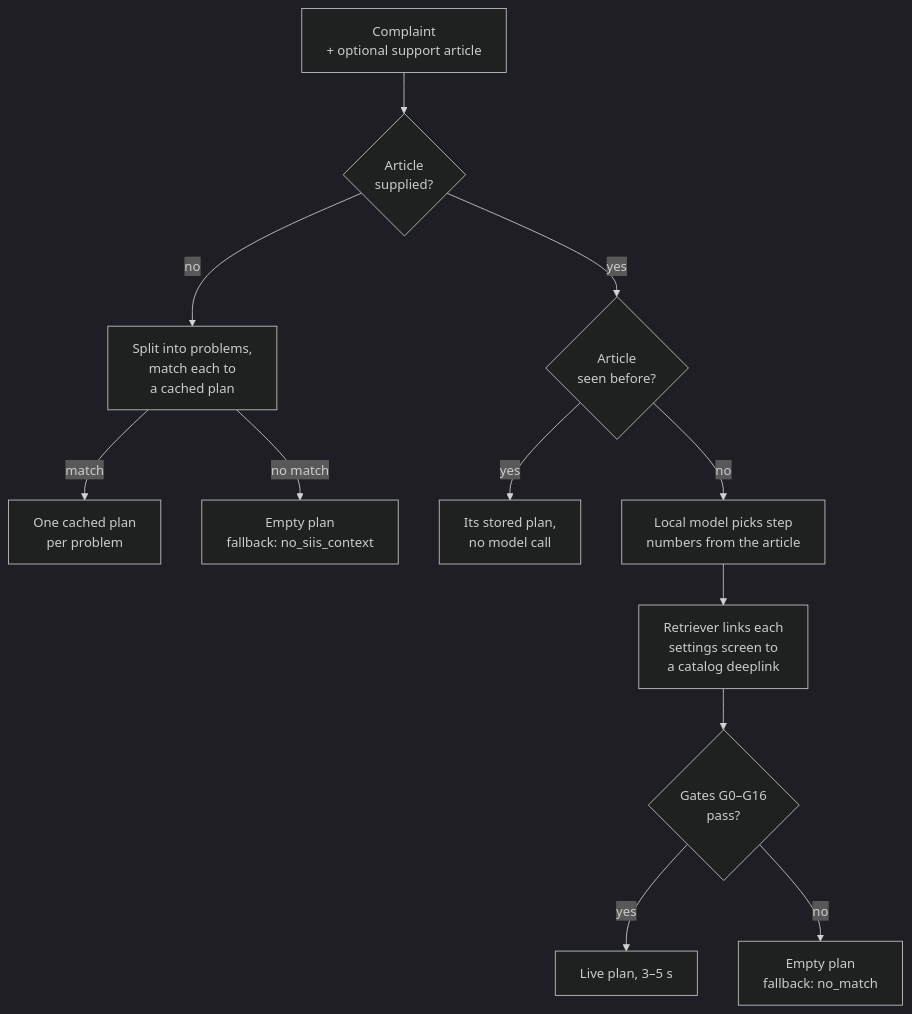
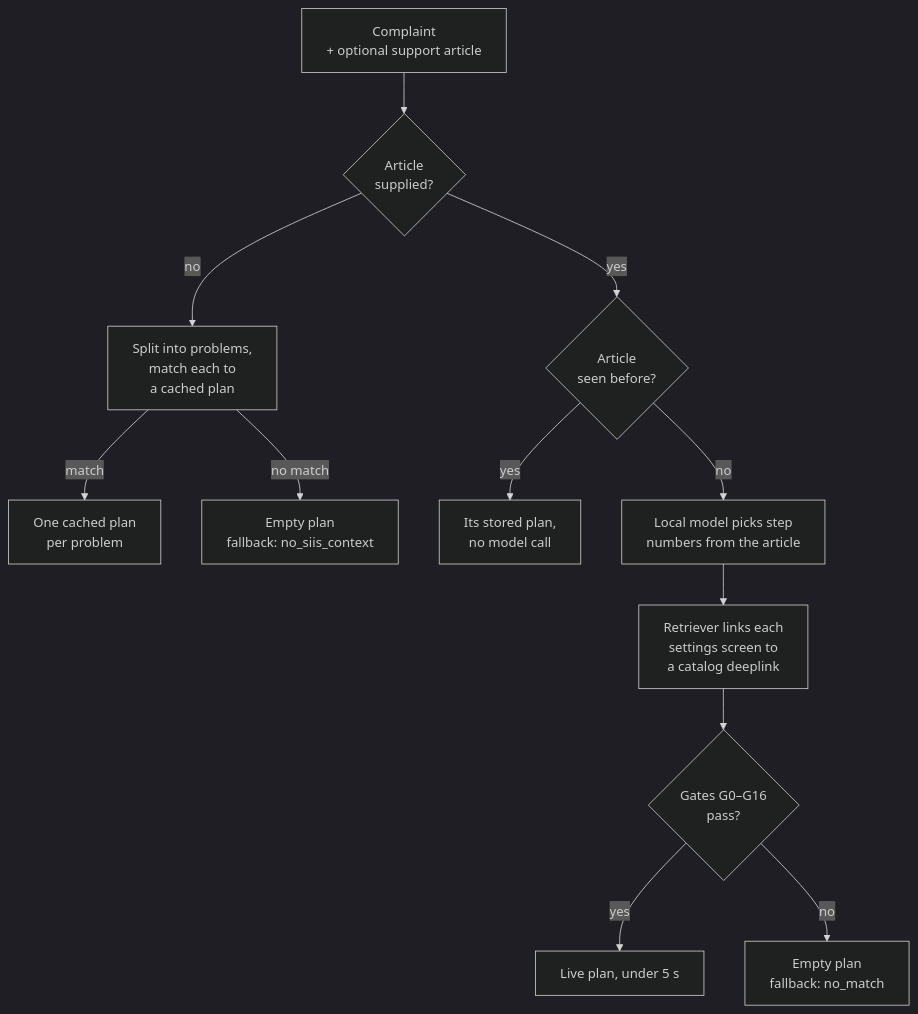
Before and after one commit to Sanyam-Ahuja/prism: the diagram in README.md, drawn with Mermaid (dark theme). The commit also changed other lines of this file and 43 other files, not shown here.

````diff
--- a/README.md
+++ b/README.md
@@ -51,14 +51,14 @@
 ```mermaid
 flowchart TD
     Q["Complaint<br/>+ optional support article"] --> A{"Article<br/>supplied?"}
     A -->|no| S["Split into problems,<br/>match each to<br/>a cached plan"]
     S -->|match| H["One cached plan<br/>per problem"]
     S -->|no match| F["Empty plan<br/>fallback: no_siis_context"]
     A -->|yes| K{"Article<br/>seen before?"}
     K -->|yes| M["Its stored plan,<br/>no model call"]
     K -->|no| L["Local model picks step<br/>numbers from the article"]
     L --> R["Retriever links each<br/>settings screen to<br/>a catalog deeplink"]
     R --> G{"Gates G0–G16<br/>pass?"}
-    G -->|yes| V["Live plan, 3–5 s"]
+    G -->|yes| V["Live plan, under 5 s"]
     G -->|no| N["Empty plan<br/>fallback: no_match"]
 ```
````
